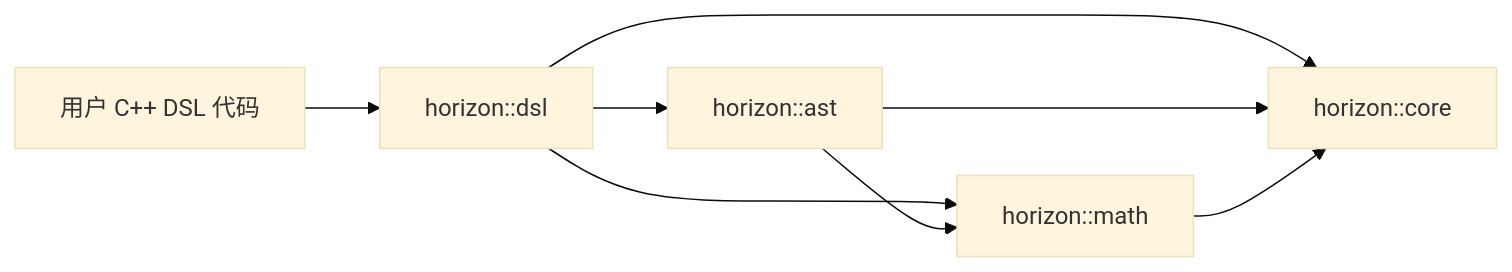
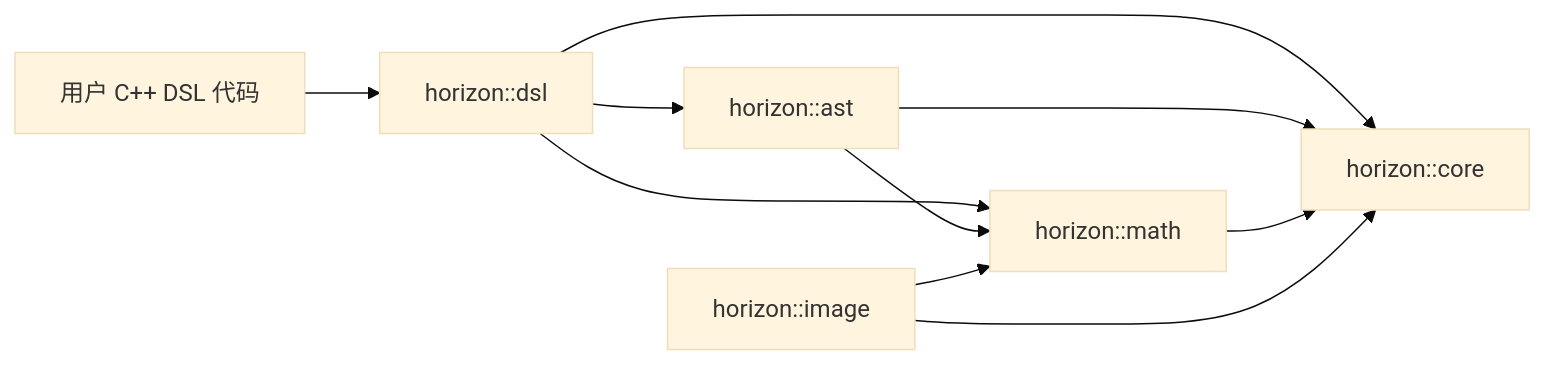
Before and after one commit to CoronaEngine/Horizon: the first of 3 diagrams in docs/architecture/overview.md, drawn with Mermaid (base theme). The commit also changed other lines of this file and 18 other files, not shown here.

````diff
--- a/docs/architecture/overview.md
+++ b/docs/architecture/overview.md
@@ -22,16 +22,19 @@
 ```mermaid
 flowchart LR
     User[用户 C++ DSL 代码]
     DSL[horizon::dsl]
     AST[horizon::ast]
     Math[horizon::math]
+    Image[horizon::image]
     Core[horizon::core]
 
     User --> DSL
     DSL --> AST
     DSL --> Math
     DSL --> Core
     AST --> Math
     AST --> Core
     Math --> Core
+    Image --> Math
+    Image --> Core
 ```
````
